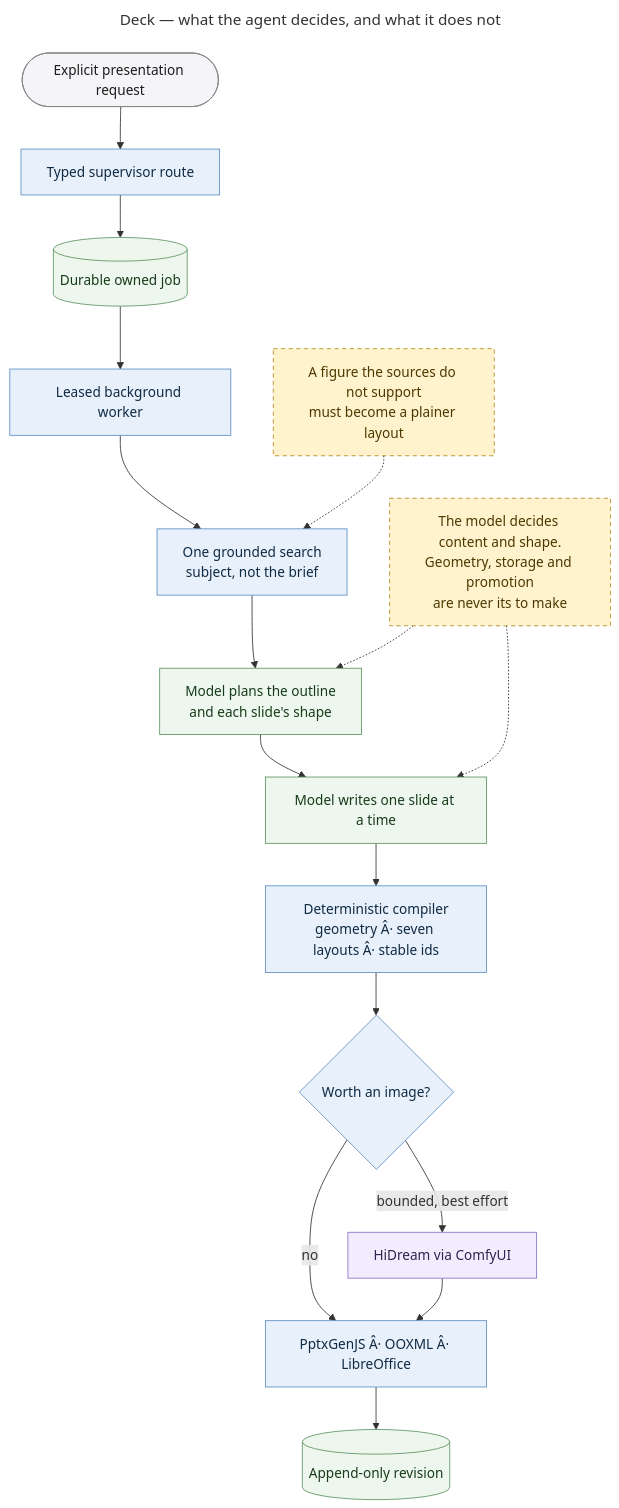
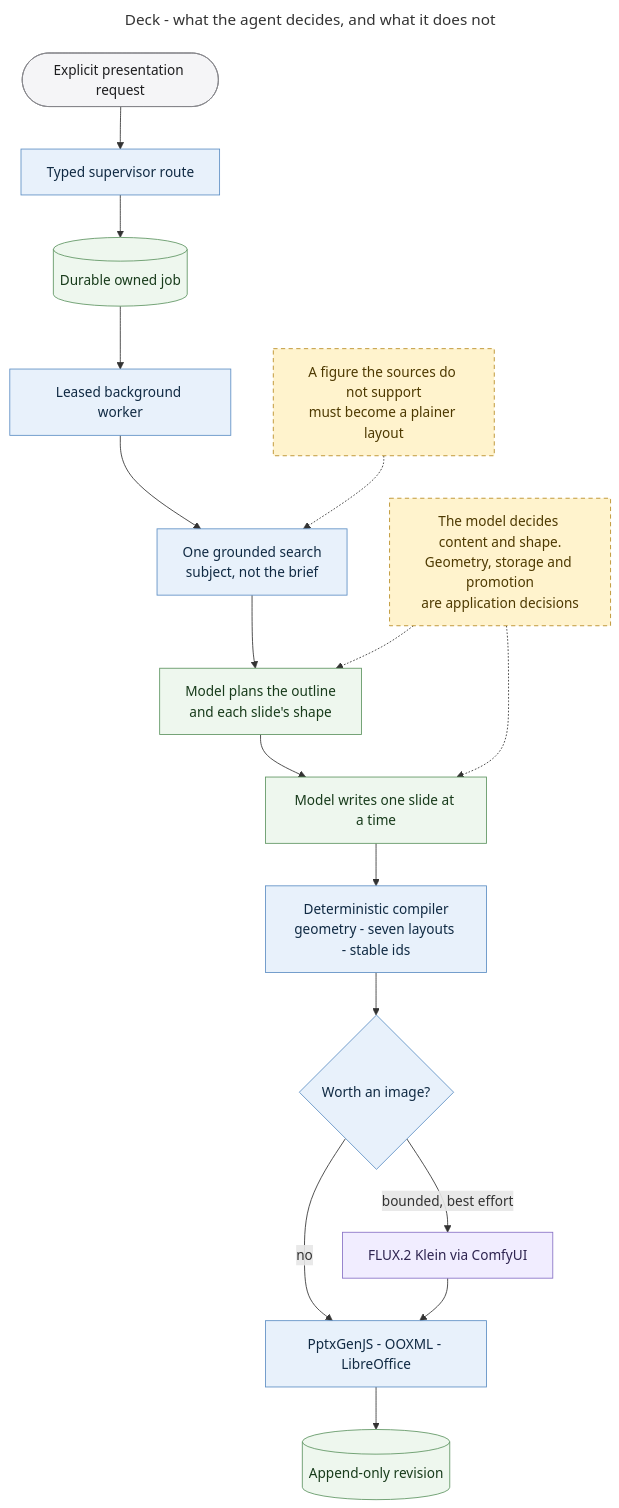
Before and after one commit to MallyaAni/PersonalAssistant: the diagram in docs/diagrams/agent-deck.mmd, drawn with Mermaid. The commit also changed 47 other files, not shown here.

```diff
--- a/docs/diagrams/agent-deck.mmd
+++ b/docs/diagrams/agent-deck.mmd
@@ -1,37 +1,37 @@
 ---
-title: Deck — what the agent decides, and what it does not
+title: Deck - what the agent decides, and what it does not
 ---
 flowchart TB
     Ask([Explicit presentation request]) --> Supervisor[Typed supervisor route]
     Supervisor --> Job[(Durable owned job)]
     Job --> Worker[Leased background worker]
 
     Worker --> Research[One grounded search<br/>subject, not the brief]
     Research --> Outline[Model plans the outline<br/>and each slide's shape]
     Outline --> Slide[Model writes one slide at a time]
 
-    Slide --> Compile[Deterministic compiler<br/>geometry Â· seven layouts Â· stable ids]
+    Slide --> Compile[Deterministic compiler<br/>geometry - seven layouts - stable ids]
     Compile --> Visual{Worth an image?}
-    Visual -->|bounded, best effort| Image[HiDream via ComfyUI]
+    Visual -->|bounded, best effort| Image[FLUX.2 Klein via ComfyUI]
     Visual -->|no| Render
-    Image --> Render[PptxGenJS Â· OOXML Â· LibreOffice]
+    Image --> Render[PptxGenJS - OOXML - LibreOffice]
     Render --> Revision[(Append-only revision)]
 
-    Decides[The model decides content and shape.<br/>Geometry, storage and promotion<br/>are never its to make]
+    Decides[The model decides content and shape.<br/>Geometry, storage and promotion<br/>are application decisions]
     Decides -.-> Outline
     Decides -.-> Slide
 
     Boundary[A figure the sources do not support<br/>must become a plainer layout]
     Boundary -.-> Research
 
     classDef interface fill:#f5f5f7,stroke:#86868b,color:#1d1d1f;
     classDef application fill:#e8f1fb,stroke:#5e8fc4,color:#102a43;
     classDef data fill:#eef7ee,stroke:#5f9562,color:#183b1b;
     classDef external fill:#f1edff,stroke:#8872c6,color:#2e2450;
     classDef warning fill:#fff3cd,stroke:#b78b20,color:#4d3900,stroke-dasharray:5 4;
     class Ask interface;
     class Supervisor,Worker,Compile,Visual,Render,Research application;
     class Job,Revision data;
     class Image external;
     class Outline,Slide data;
     class Decides,Boundary warning;
```
